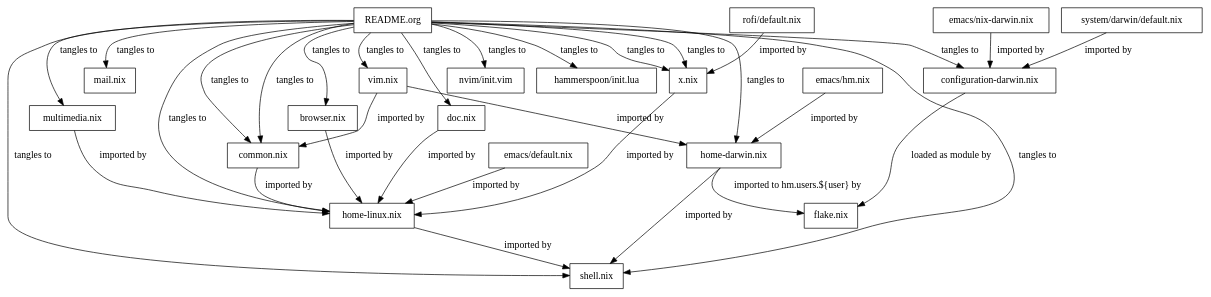
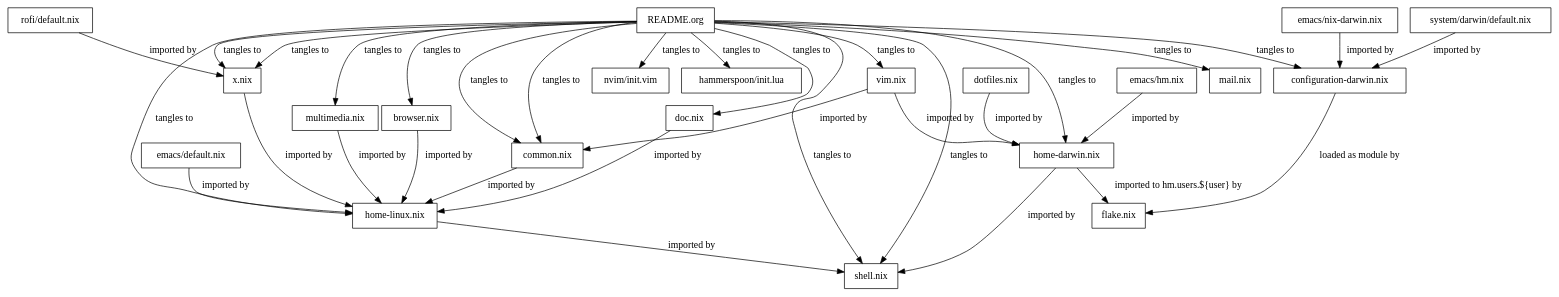
The diagram in README.org (vidbina/dotfiles), drawn with Graphviz before and after one commit. The commit also changed other lines of this file and 2 other files, not shown here.

Commit message:
doc: tangle dotfiles module

```diff
--- a/README.org
+++ b/README.org
@@ -22,73 +22,75 @@
 #+begin_src dot :file doc/sys-conf-setup.png :exports results
 digraph G {
   node_this [shape=box, label="README.org"]
 
   // not defined in this file but referenced here
   node_emacs_nix_darwin_nix [shape=box, label="emacs/nix-darwin.nix"]
   node_emacs_hm_nix [shape=box, label="emacs/hm.nix"]
   node_emacs_default_nix [shape=box, label="emacs/default.nix"]
   node_rofi_default_nix [shape=box, label="rofi/default.nix"]
   node_system_darwin_default_nix [shape=box, label="system/darwin/default.nix"]
   node_flake_nix [shape=box, label="flake.nix"]
 
   // defined in this file
   node_common_nix [shape=box, label="common.nix"]
   node_shell_nix [shape=box, label="shell.nix"]
   node_x_nix [shape=box, label="x.nix"]
   node_mail_nix [shape=box, label="mail.nix"]
+  node_dotfiles_nix [shape=box, label="dotfiles.nix"]
   node_vim_nix [shape=box, label="vim.nix"]
   node_multimedia_nix [shape=box, label="multimedia.nix"]
   node_browser_nix [shape=box, label="browser.nix"]
   node_doc_nix [shape=box, label="doc.nix"]
 
   node_home_darwin_nix [shape=box, label="home-darwin.nix"]
   node_home_linux_nix [shape=box, label="home-linux.nix"]
   node_configuration_darwin_nix [shape=box, label="configuration-darwin.nix"]
 
   node_nvim_init_vim [shape=box, label="nvim/init.vim"]
   node_hammerspoon_init_lua [shape=box, label="hammerspoon/init.lua"]
 
   node_this -> node_common_nix [label="tangles to"]
   node_this -> node_shell_nix [label="tangles to"]
   node_this -> node_x_nix [label="tangles to"]
   node_this -> node_common_nix [label="tangles to"]
   node_this -> node_shell_nix [label="tangles to"]
   node_this -> node_x_nix [label="tangles to"]
   node_this -> node_mail_nix [label="tangles to"]
   node_this -> node_vim_nix [label="tangles to"]
   node_this -> node_multimedia_nix [label="tangles to"]
   node_this -> node_browser_nix [label="tangles to"]
   node_this -> node_doc_nix [label="tangles to"]
   node_this -> node_home_darwin_nix [label="tangles to"]
   node_this -> node_home_linux_nix [label="tangles to"]
   node_this -> node_nvim_init_vim [label="tangles to"]
   node_this -> node_hammerspoon_init_lua [label="tangles to"]
   node_this -> node_configuration_darwin_nix [label="tangles to"]
 
   node_vim_nix -> node_common_nix [label="imported by"]
 
+  node_dotfiles_nix -> node_home_darwin_nix [label="imported by"]
   node_vim_nix -> node_home_darwin_nix [label="imported by"]
   node_emacs_hm_nix -> node_home_darwin_nix [label="imported by"]
 
   node_common_nix -> node_home_linux_nix [label="imported by"]
   node_doc_nix -> node_home_linux_nix [label="imported by"]
   node_browser_nix -> node_home_linux_nix [label="imported by"]
   node_x_nix -> node_home_linux_nix [label="imported by"]
   node_multimedia_nix -> node_home_linux_nix [label="imported by"]
   node_emacs_default_nix -> node_home_linux_nix [label="imported by"]
 
   node_rofi_default_nix -> node_x_nix [label="imported by"]
 
   node_emacs_nix_darwin_nix -> node_configuration_darwin_nix [label="imported by"]
   node_system_darwin_default_nix -> node_configuration_darwin_nix [label="imported by"]
 
   node_home_linux_nix -> node_shell_nix [label="imported by"]
   node_home_darwin_nix -> node_shell_nix [label="imported by"]
 
   node_configuration_darwin_nix -> node_flake_nix [label="loaded as module by"]
   node_home_darwin_nix -> node_flake_nix [label="imported to hm.users.${user} by"]
   // node_this -> node_default_nix [label="tangles to", style=dotted]
   // node_this -> node_default_darwin_nix [label="tangles to", style=dotted]
   // node_personal_example -> node_personal [style=dotted]
 }
 #+end_src
```
